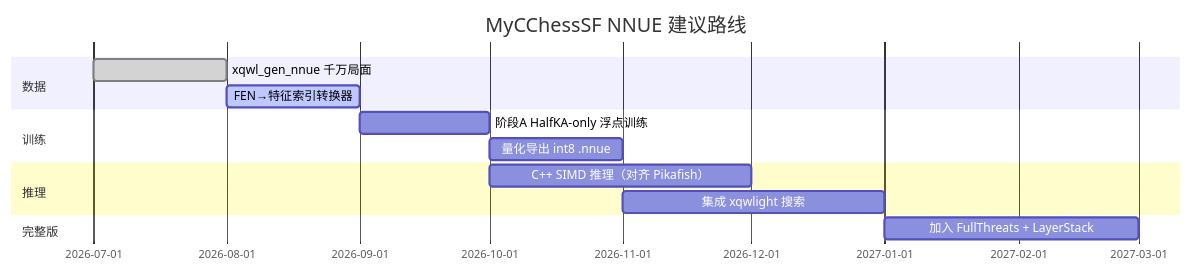
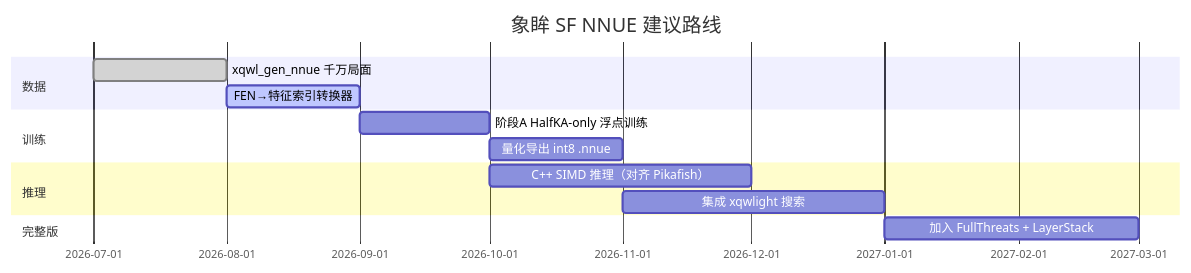
The second of 2 diagrams in docs/nnue_pikafish_research.md (StarlightChessOrg/MyCChessSF), drawn with Mermaid before and after one commit. The commit also changed other lines of this file and 12 other files, not shown here.

````diff
--- a/docs/nnue_pikafish_research.md
+++ b/docs/nnue_pikafish_research.md
@@ -379,16 +379,16 @@
 ```mermaid
 gantt
-    title MyCChessSF NNUE 建议路线
+    title 象眸 SF NNUE 建议路线
     dateFormat YYYY-MM
     section 数据
     xqwl_gen_nnue 千万局面     :done, 2026-07, 2026-08
     FEN→特征索引转换器         :active, 2026-08, 2026-09
     section 训练
     阶段A HalfKA-only 浮点训练 :2026-09, 2026-10
     量化导出 int8 .nnue         :2026-10, 2026-11
     section 推理
     C++ SIMD 推理（对齐 Pikafish）:2026-10, 2026-12
     集成 xqwlight 搜索           :2026-11, 2027-01
     section 完整版
     加入 FullThreats + LayerStack :2027-01, 2027-03
 ```
````
